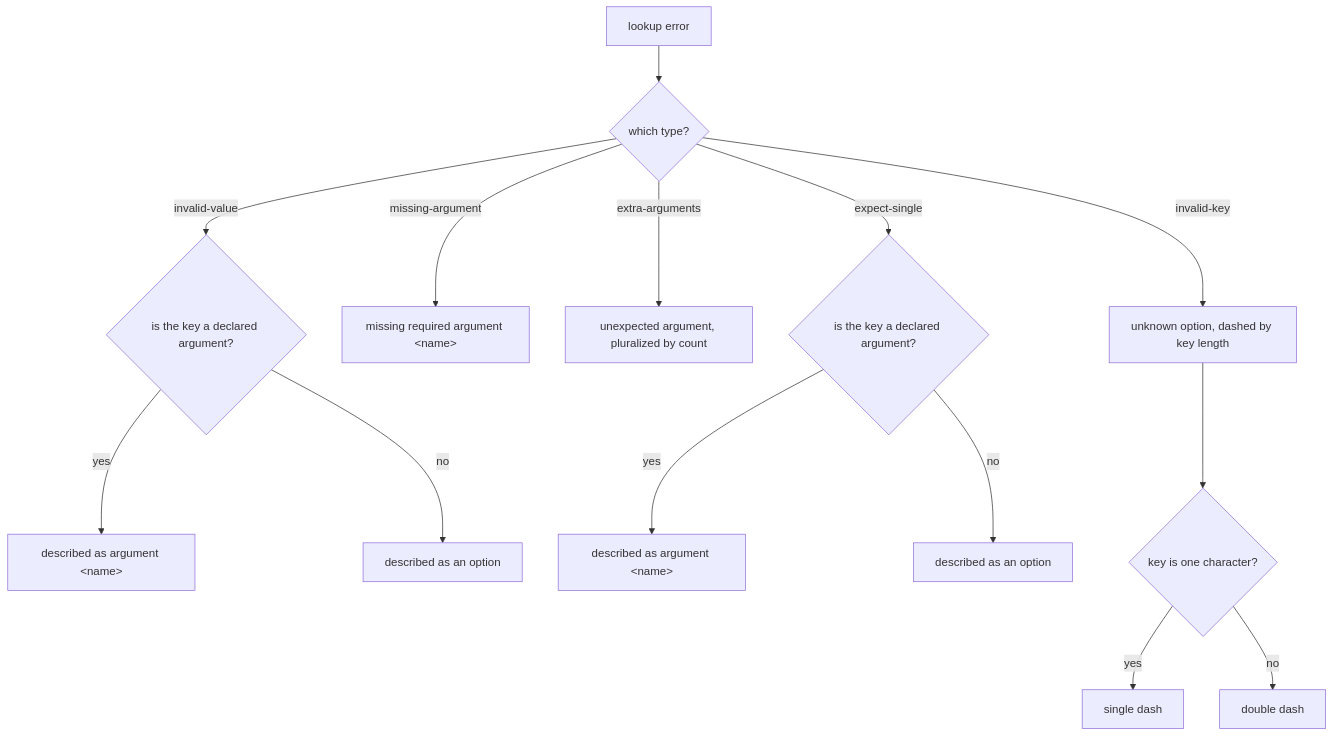
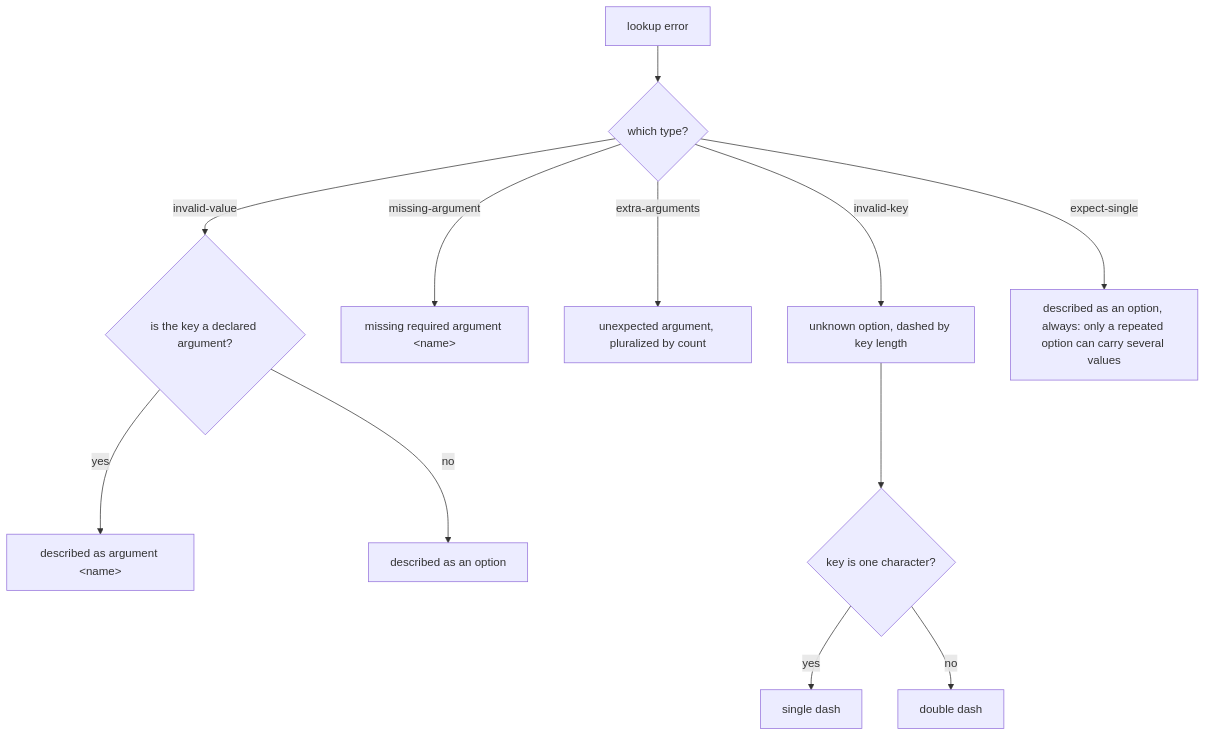
Before and after one commit to clibuilder/clibuilder: the seventh of 7 diagrams in packages/clibuilder/.agents/spec/presentation/README.md, drawn with Mermaid. The commit also changed other lines of this file and 1 other file, not shown here.

First line of the commit message:
docs(clibuilder): expect-single always names an option, and unfork prose

````diff
--- a/packages/clibuilder/.agents/spec/presentation/README.md
+++ b/packages/clibuilder/.agents/spec/presentation/README.md
@@ -339,16 +340,14 @@
 ```mermaid
 graph TD
   F[lookup error] --> K{which type?}
   K -- invalid-key --> IK[unknown option, dashed by key length]
   K -- missing-argument --> MA["missing required argument &lt;name&gt;"]
   K -- extra-arguments --> EA[unexpected argument, pluralized by count]
   K -- invalid-value --> IV{is the key a declared argument?}
-  K -- expect-single --> ES{is the key a declared argument?}
+  K -- expect-single --> ESO[described as an option, always: only a repeated option can carry several values]
   IV -- yes --> IVA["described as argument &lt;name&gt;"]
   IV -- no --> IVO[described as an option]
-  ES -- yes --> ESA["described as argument &lt;name&gt;"]
-  ES -- no --> ESO[described as an option]
   IK --> LEN{key is one character?}
   LEN -- yes --> ONE[single dash]
   LEN -- no --> TWO[double dash]
 ```
````
